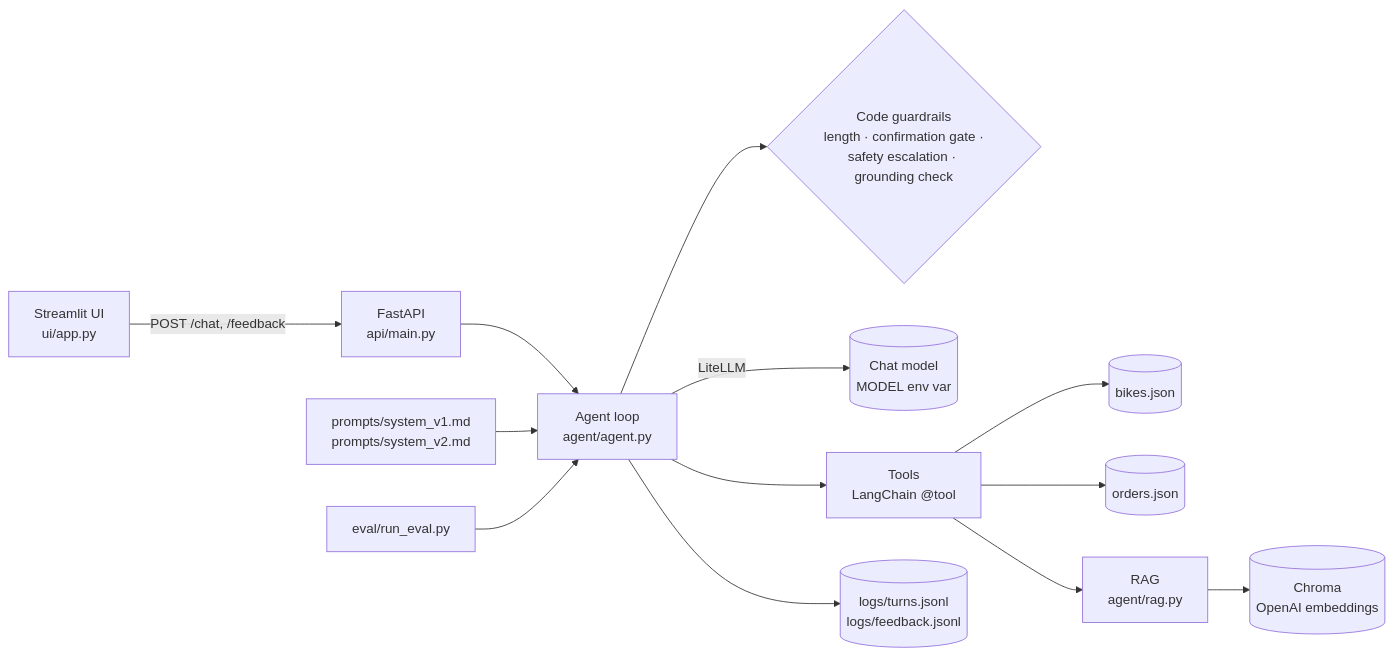
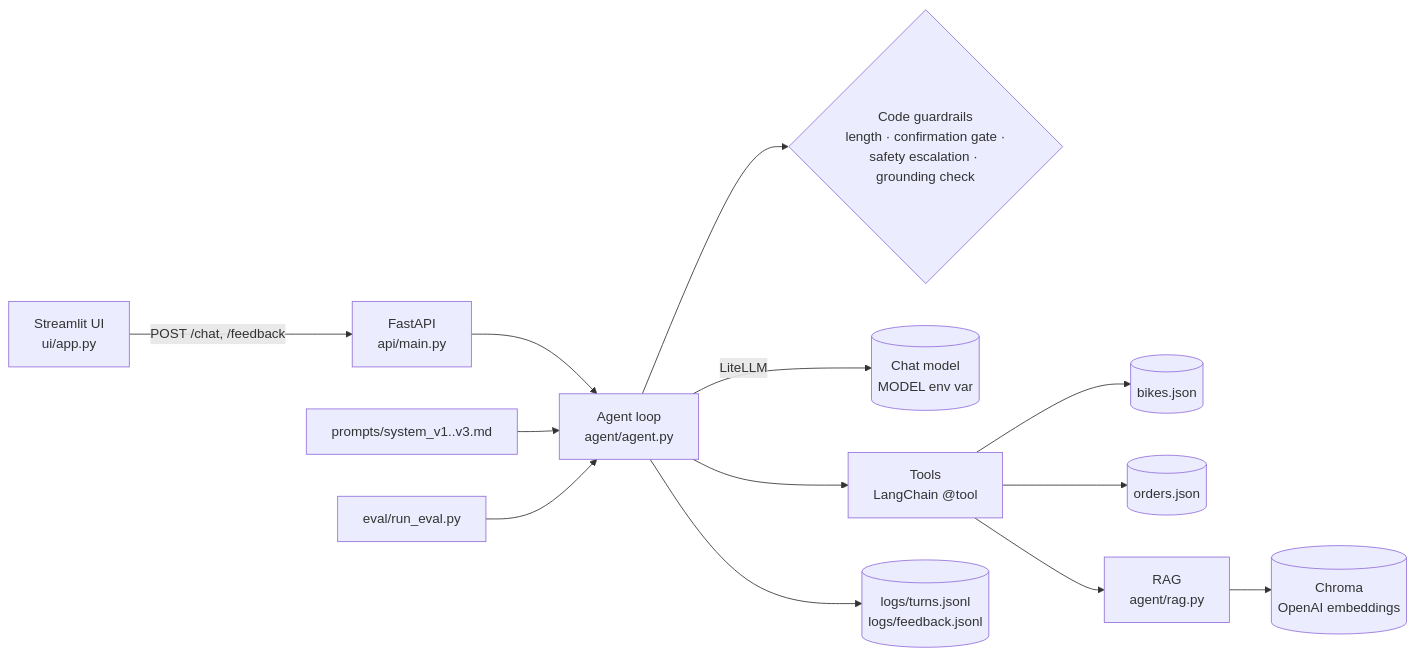
One commit to ShakibaShahidiani/bike-support-agent changed the diagram in README.md. Above: the diagram before and after it, drawn with Mermaid. The commit also changed other lines of this file and 10 other files, not shown here.

````diff
--- a/README.md
+++ b/README.md
@@ -12,15 +12,15 @@
 ```mermaid
 flowchart LR
     UI[Streamlit UI<br/>ui/app.py] -->|POST /chat, /feedback| API[FastAPI<br/>api/main.py]
     API --> AG[Agent loop<br/>agent/agent.py]
     AG --> GR{Code guardrails<br/>length · confirmation gate ·<br/>safety escalation · grounding check}
     AG -->|LiteLLM| LLM[(Chat model<br/>MODEL env var)]
     AG --> T[Tools<br/>LangChain @tool]
     T --> B[(bikes.json)]
     T --> O[(orders.json)]
     T --> R[RAG<br/>agent/rag.py]
     R --> C[(Chroma<br/>OpenAI embeddings)]
     AG --> L[(logs/turns.jsonl<br/>logs/feedback.jsonl)]
-    P[prompts/system_v1.md<br/>prompts/system_v2.md] --> AG
+    P[prompts/system_v1..v3.md] --> AG
     E[eval/run_eval.py] --> AG
 ```
````
